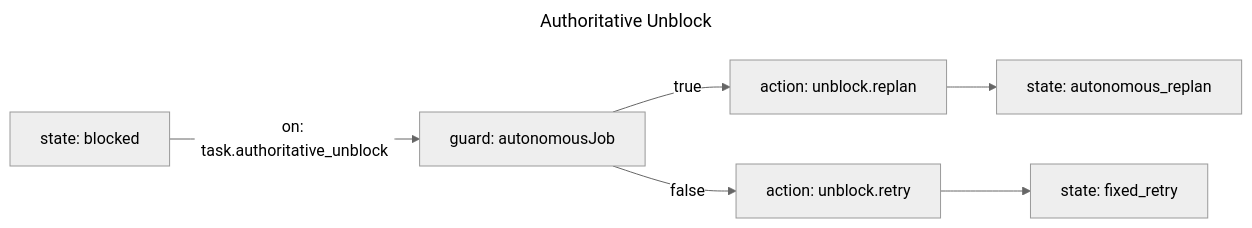
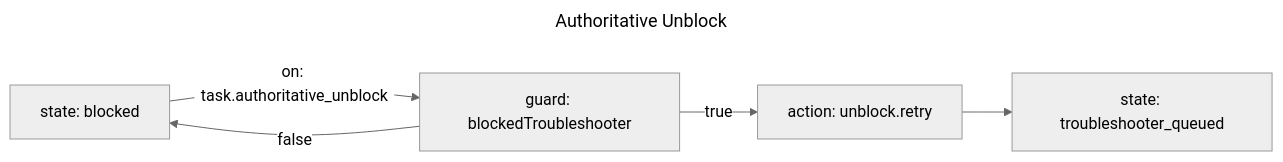
The diagram in workflow/authoritative-unblock.mmd (lalalic/agents-relay), drawn with Mermaid (neutral theme) before and after one commit. The commit also changed 59 other files, not shown here.

Commit message:
Enforce troubleshooter-exclusive blocked lifecycle

```diff
--- a/workflow/authoritative-unblock.mmd
+++ b/workflow/authoritative-unblock.mmd
@@ -1,19 +1,16 @@
 ---
 title: Authoritative Unblock
 description: Validates authoritative unblock requests and safely resumes blocked workflow work.
 ---
 flowchart LR
 %% relay: initial blocked
 blocked["state: blocked"]
-autonomous["state: autonomous_replan"]
-fixed["state: fixed_retry"]
+queued["state: troubleshooter_queued"]
 
-autonomousJob["guard: autonomousJob"]
-replan["action: unblock.replan"]
+eligible["guard: blockedTroubleshooter"]
 retry["action: unblock.retry"]
 
-blocked -->|on: task.authoritative_unblock| autonomousJob
-autonomousJob -->|true| replan
-replan --> autonomous
-autonomousJob -->|false| retry
-retry --> fixed
+blocked -->|on: task.authoritative_unblock| eligible
+eligible -->|true| retry
+eligible -->|false| blocked
+retry --> queued
```
